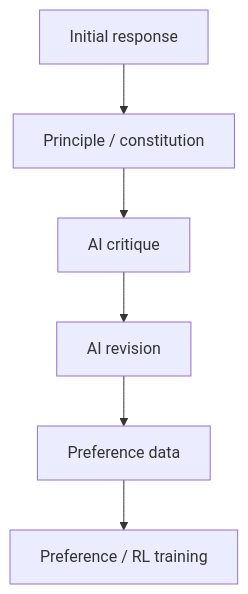
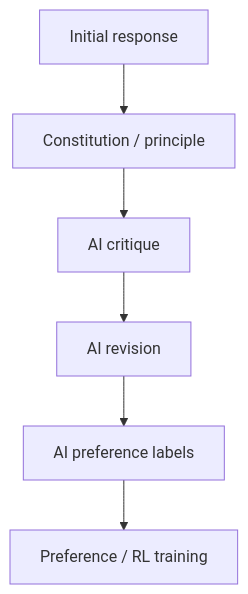
Before and after one commit to Yukun-Zheng/LLM-development: the fifth of 6 diagrams in 教材-book/03-对齐与ChatGPT-alignment-chatgpt.md, drawn with Mermaid. The commit also changed other lines of this file, not shown here.

````diff
--- a/教材-book/03-对齐与ChatGPT-alignment-chatgpt.md
+++ b/教材-book/03-对齐与ChatGPT-alignment-chatgpt.md
@@ -569,8 +1329,8 @@
 ```mermaid
 flowchart TD
-    A[Initial response] --> B[Principle / constitution]
+    A[Initial response] --> B[Constitution / principle]
     B --> C[AI critique]
     C --> D[AI revision]
-    D --> E[Preference data]
+    D --> E[AI preference labels]
     E --> F[Preference / RL training]
 ```
````
